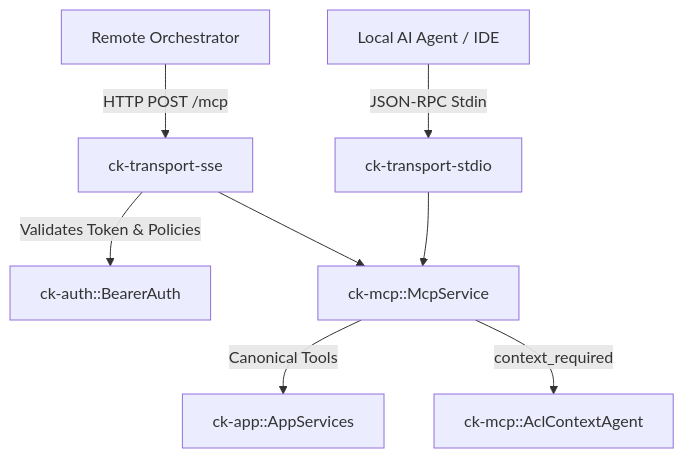
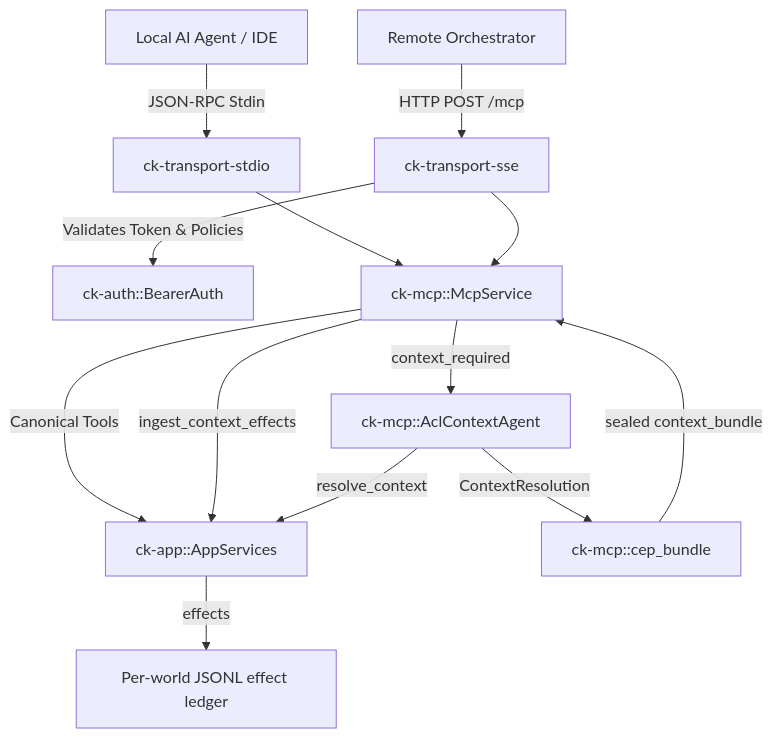
The diagram in docs/subsystems/mcp-and-protocols.md (GodSpeedAI/Context-Kernel), drawn with Mermaid before and after one commit. The commit also changed other lines of this file and 35 other files, not shown here.

````diff
--- a/docs/subsystems/mcp-and-protocols.md
+++ b/docs/subsystems/mcp-and-protocols.md
@@ -34,12 +34,17 @@
 ```mermaid
 graph TD
     Agent["Local AI Agent / IDE"] -->|JSON-RPC Stdin| Stdio["ck-transport-stdio"]
     Remote["Remote Orchestrator"] -->|HTTP POST /mcp| SSE["ck-transport-sse"]
 
     SSE -->|Validates Token & Policies| Auth["ck-auth::BearerAuth"]
     Stdio --> McpService["ck-mcp::McpService"]
     SSE --> McpService
 
     McpService -->|Canonical Tools| App["ck-app::AppServices"]
     McpService -->|context_required| ACL["ck-mcp::AclContextAgent"]
+    McpService -->|ingest_context_effects| App
+    ACL -->|resolve_context| App
+    ACL -->|ContextResolution| Bundle["ck-mcp::cep_bundle"]
+    Bundle -->|sealed context_bundle| McpService
+    App -->|effects| Ledger["Per-world JSONL effect ledger"]
 ```
````
